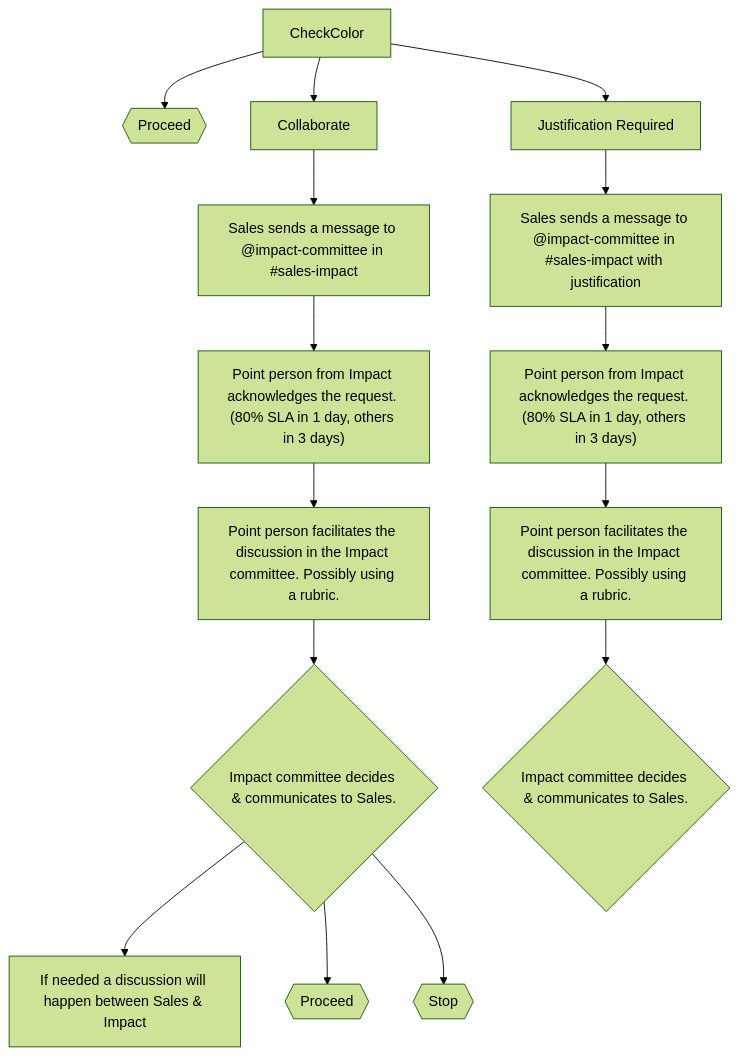
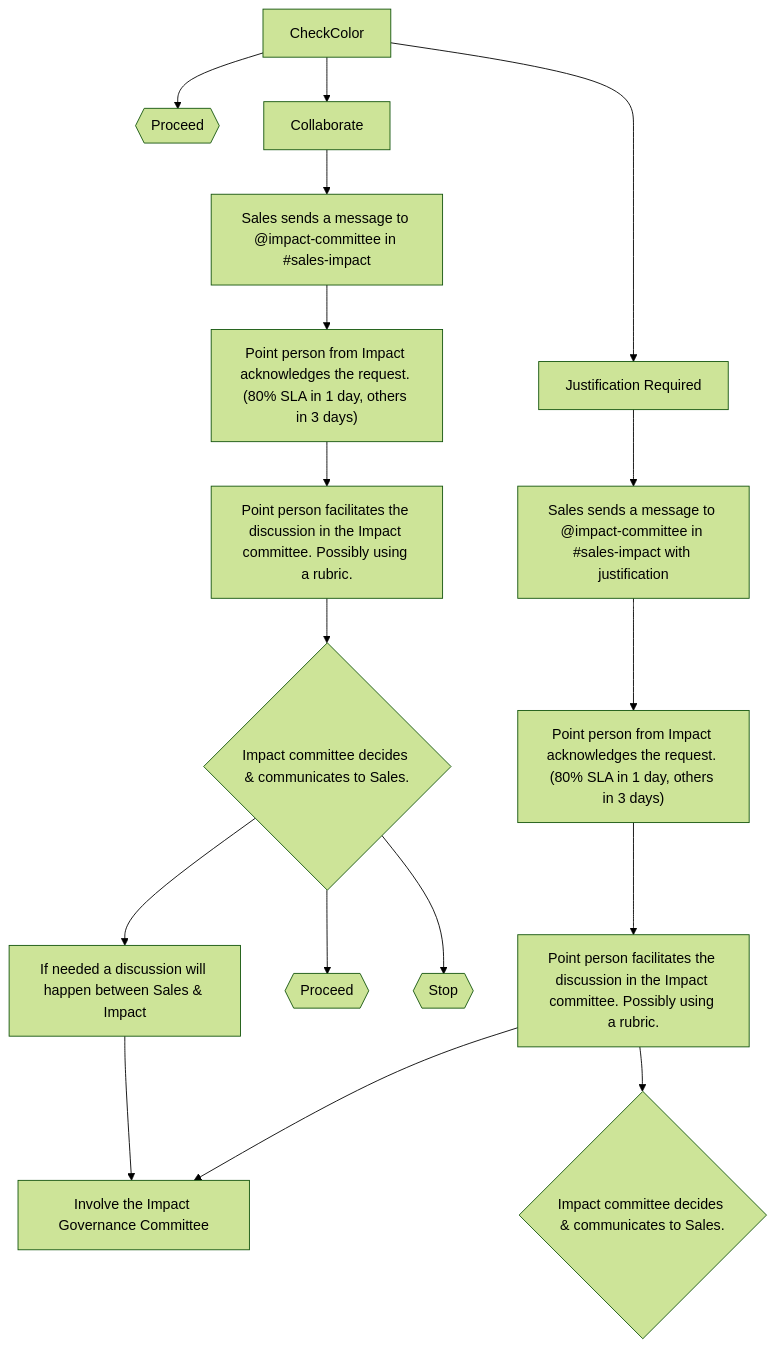
Before and after one commit to mgifford/mermaid-graphs: the first of 3 diagrams in impact2.md, drawn with Mermaid (forest theme).

````diff
--- a/impact2.md
+++ b/impact2.md
@@ -7,19 +7,21 @@
 ```mermaid
 graph TD
     CheckColor-->IsGreen{{Proceed}};
     CheckColor-->isYellow[Collaborate];
     CheckColor-->isJustificationRequired["Justification Required"];
     isYellow-->salesAlertsImpactsYellow["Sales sends a message to @impact-committee in #sales-impact"];
    salesAlertsImpactsYellow-->ImpactResponds["Point person from Impact acknowledges the request. (80% SLA in 1 day, others in 3 days)"];
    ImpactResponds-->ImpactDiscusses["Point person facilitates the discussion in the Impact committee. Possibly using a rubric."];
   ImpactDiscusses-->Decision{"Impact committee decides & communicates to Sales."};
   Decision-->Discussion["If needed a discussion will happen between Sales & Impact"];
+Discussion-->InvolveGovernanceRed;
 Decision-->YesYellow{{Proceed}};
 Decision-->NoYellow{{Stop}};
 
 
   isJustificationRequired-->salesAlertsImpactsRed["Sales sends a message to @impact-committee in #sales-impact with justification"];
   salesAlertsImpactsRed-->ImpactRespondsRed["Point person from Impact acknowledges the request. (80% SLA in 1 day, others in 3 days)"];
   ImpactRespondsRed-->ImpactDiscussesRed["Point person facilitates the discussion in the Impact committee. Possibly using a rubric."];
+ImpactDiscussesRed-->InvolveGovernanceRed[Involve the Impact Governance Committee]
   ImpactDiscussesRed-->DecisionRed{"Impact committee decides & communicates to Sales."};
 ```
````
